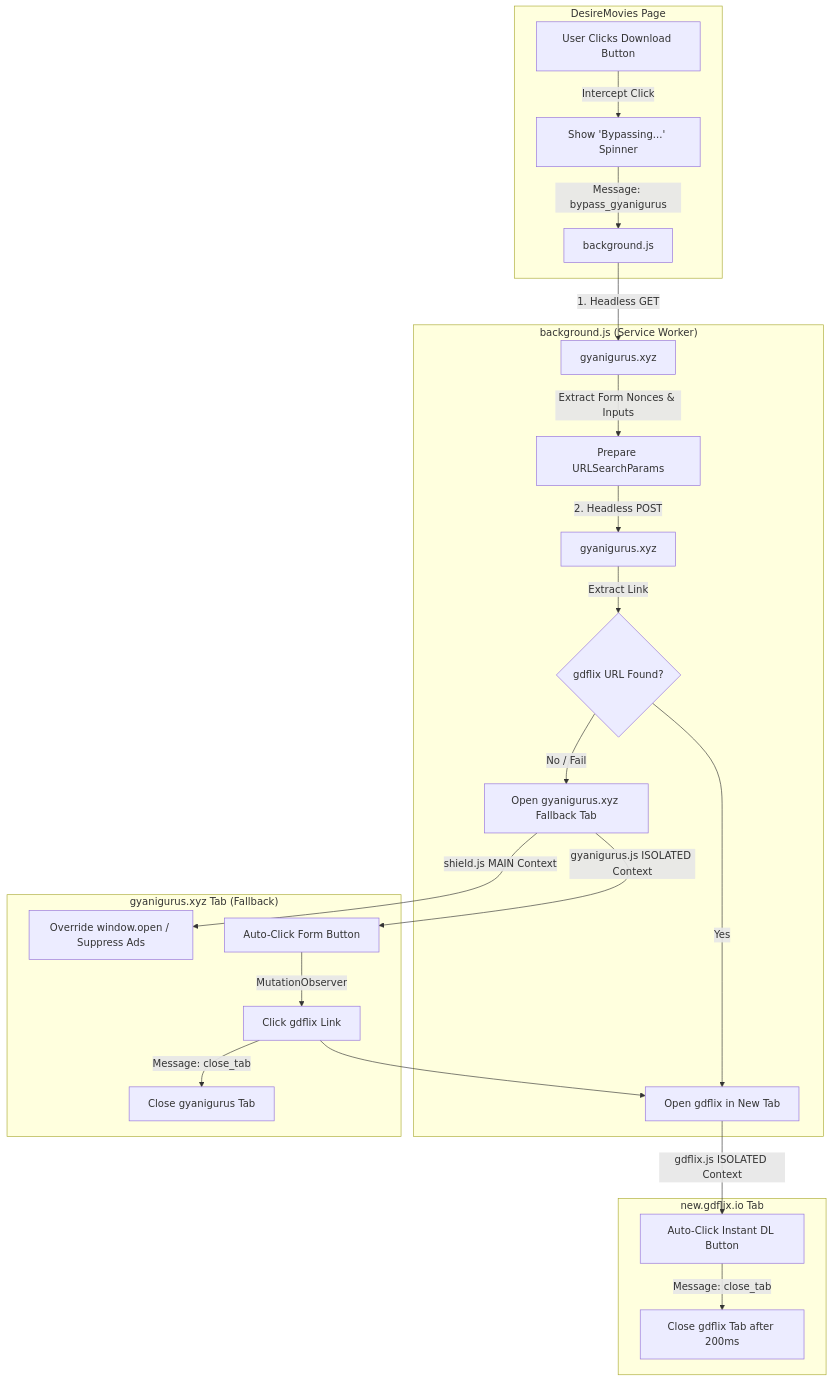
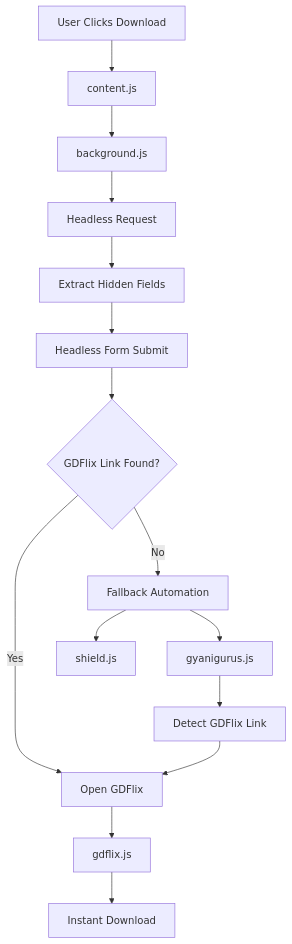
One commit to Deepak5310/DesireMovies-Reimagined changed the diagram in README.md. Above: the diagram before and after it, drawn with Mermaid. The commit also changed other lines of this file, not shown here.

````diff
--- a/README.md
+++ b/README.md
@@ -13,29 +46,23 @@
 ```mermaid
 graph TD
-    subgraph "DesireMovies Page"
-        A[User Clicks Download Button] -->|Intercept Click| B[Show 'Bypassing...' Spinner]
-        B -->|Message: bypass_gyanigurus| C[background.js]
-    end
+    A[User Clicks Download] --> B[content.js]
+    B --> C[background.js]
 
-    subgraph "background.js (Service Worker)"
-        C -->|1. Headless GET| D[gyanigurus.xyz]
-        D -->|Extract Form Nonces & Inputs| E[Prepare URLSearchParams]
-        E -->|2. Headless POST| F[gyanigurus.xyz]
-        F -->|Extract Link| G{gdflix URL Found?}
-        G -->|Yes| H[Open gdflix in New Tab]
-        G -->|No / Fail| I[Open gyanigurus.xyz Fallback Tab]
-    end
+    C --> D[Headless Request]
+    D --> E[Extract Hidden Fields]
+    E --> F[Headless Form Submit]
 
-    subgraph "gyanigurus.xyz Tab (Fallback)"
-        I -->|shield.js MAIN Context| J[Override window.open / Suppress Ads]
-        I -->|gyanigurus.js ISOLATED Context| K[Auto-Click Form Button]
-        K -->|MutationObserver| L[Click gdflix Link]
-        L -->|Message: close_tab| M[Close gyanigurus Tab]
-        L --> H
-    end
+    F --> G{GDFlix Link Found?}
 
-    subgraph "new.gdflix.io Tab"
-        H -->|gdflix.js ISOLATED Context| N[Auto-Click Instant DL Button]
-        N -->|Message: close_tab| O[Close gdflix Tab after 200ms]
-    end
+    G -->|Yes| H[Open GDFlix]
+    G -->|No| I[Fallback Automation]
+
+    I --> J[shield.js]
+    I --> K[gyanigurus.js]
+
+    K --> L[Detect GDFlix Link]
+    L --> H
+
+    H --> M[gdflix.js]
+    M --> N[Instant Download]
 ```
````
